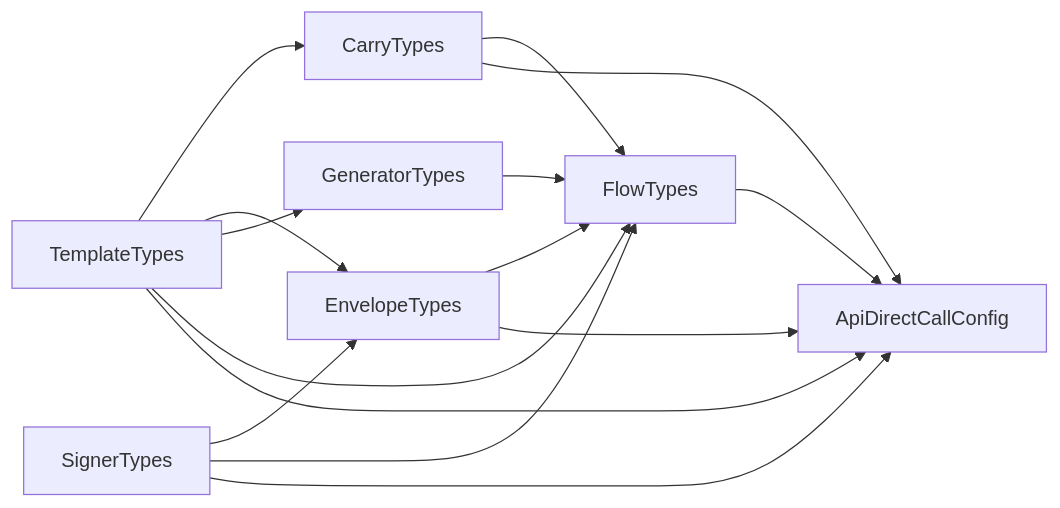
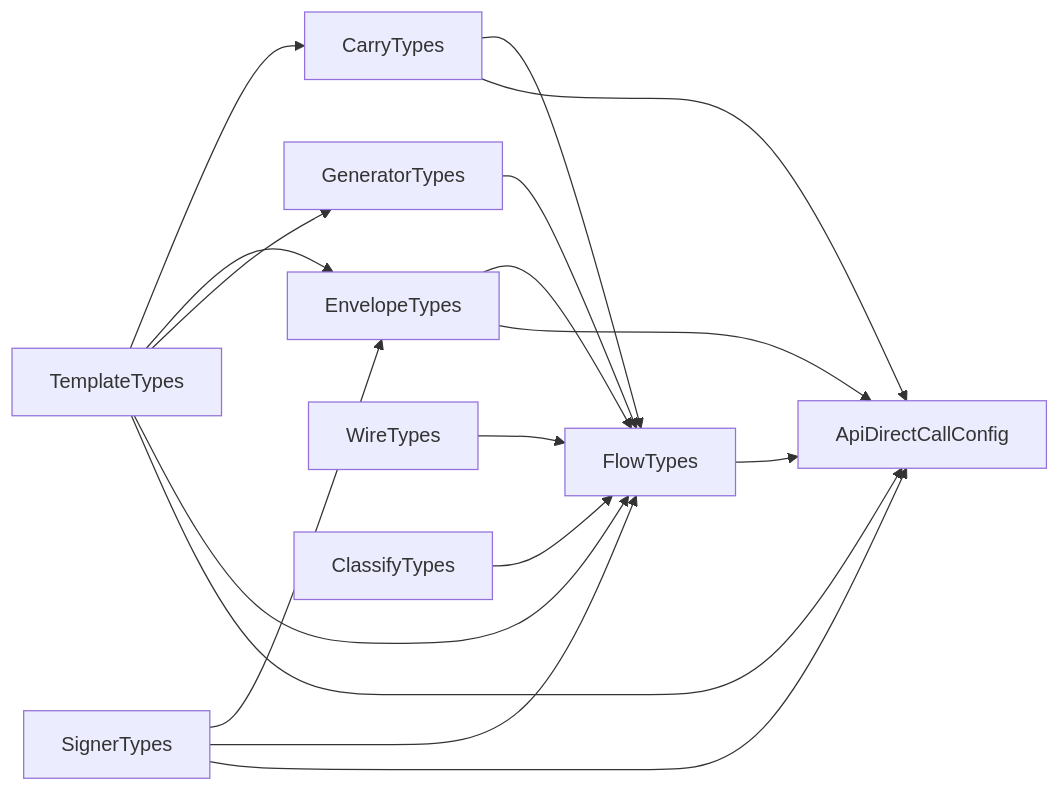
The diagram in docs/architecture/config-contracts.md (sergienko4/israeli-bank-scrapers), drawn with Mermaid before and after one commit. The commit also changed other lines of this file and 130 other files, not shown here.

````diff
--- a/docs/architecture/config-contracts.md
+++ b/docs/architecture/config-contracts.md
@@ -31,24 +33,28 @@
 ```mermaid
 flowchart LR
     T[TemplateTypes]
     S[SignerTypes]
     C[CarryTypes]
     E[EnvelopeTypes]
     G[GeneratorTypes]
+    W[WireTypes]
+    K[ClassifyTypes]
     F[FlowTypes]
     A[ApiDirectCallConfig]
     T --> C
     T --> E
     T --> G
     T --> F
     T --> A
     S --> E
     S --> F
     S --> A
     C --> F
     C --> A
     E --> F
     E --> A
     G --> F
+    W --> F
+    K --> F
     F --> A
 ```
````
